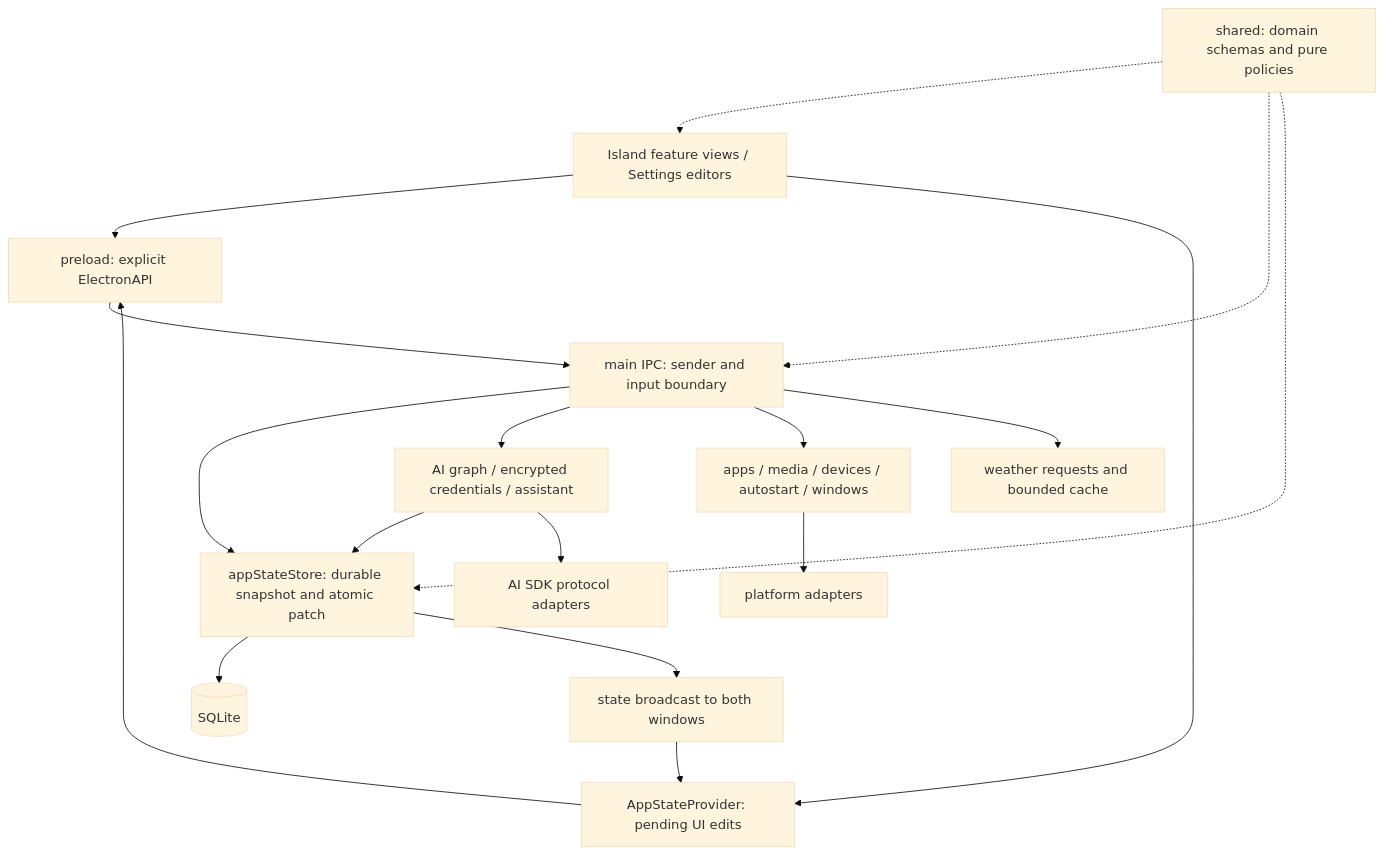
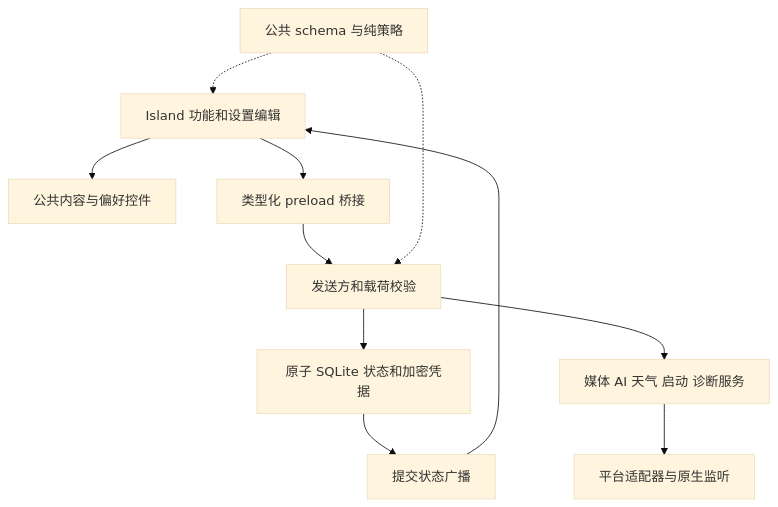
Before and after one commit to ArsvineZhu/Ripple-Next: the diagram in docs/architecture.zh-CN.md, drawn with Mermaid (base theme). The commit also changed other lines of this file and 233 other files, not shown here.

````diff
--- a/docs/architecture.zh-CN.md
+++ b/docs/architecture.zh-CN.md
@@ -34,20 +27,13 @@
 ```mermaid
 flowchart TD
-  UI[Island feature views / Settings editors] --> Bridge[preload: explicit ElectronAPI]
-  UI --> ViewState[AppStateProvider: pending UI edits]
-  ViewState --> Bridge
-  Bridge --> IPC[main IPC: sender and input boundary]
-  IPC --> State[appStateStore: durable snapshot and atomic patch]
-  IPC --> AI[AI graph / encrypted credentials / assistant]
-  IPC --> OS[apps / media / devices / autostart / windows]
-  IPC --> Weather[weather requests and bounded cache]
-  AI --> State
-  AI --> Provider[AI SDK protocol adapters]
-  OS --> Native[platform adapters]
-  State --> SQLite[(SQLite)]
-  State --> Broadcast[state broadcast to both windows]
-  Broadcast --> ViewState
-  Shared[shared: domain schemas and pure policies] -.-> UI
+  Views[Island 功能和设置编辑] --> Controls[公共内容与偏好控件]
+  Views --> Bridge[类型化 preload 桥接]
+  Bridge --> IPC[发送方和载荷校验]
+  IPC --> Store[原子 SQLite 状态和加密凭据]
+  IPC --> Services[媒体 AI 天气 启动 诊断服务]
+  Services --> Adapters[平台适配器与原生监听]
+  Store --> Broadcast[提交状态广播]
+  Broadcast --> Views
+  Shared[公共 schema 与纯策略] -.-> Views
   Shared -.-> IPC
-  Shared -.-> State
 ```
````
